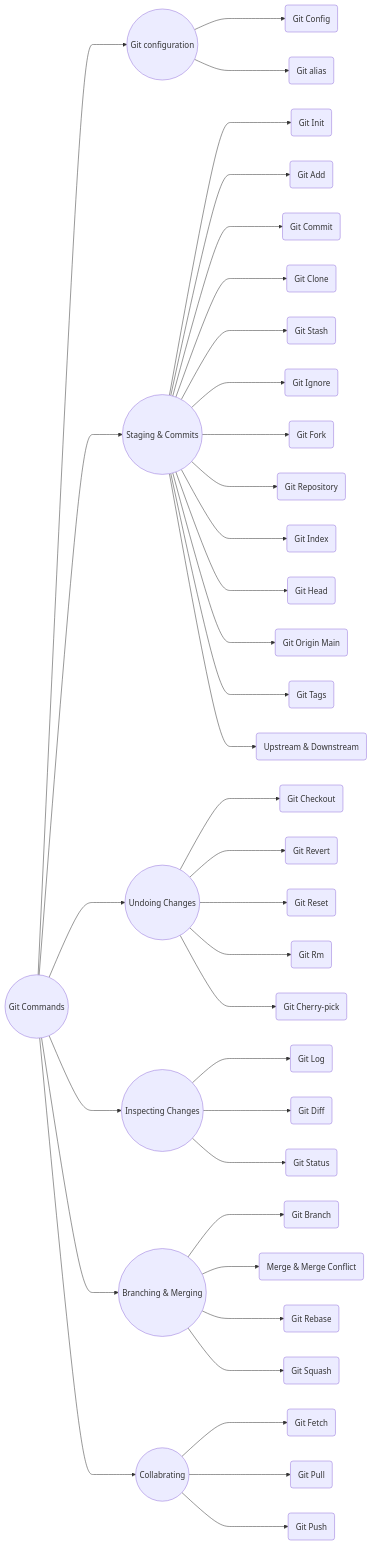
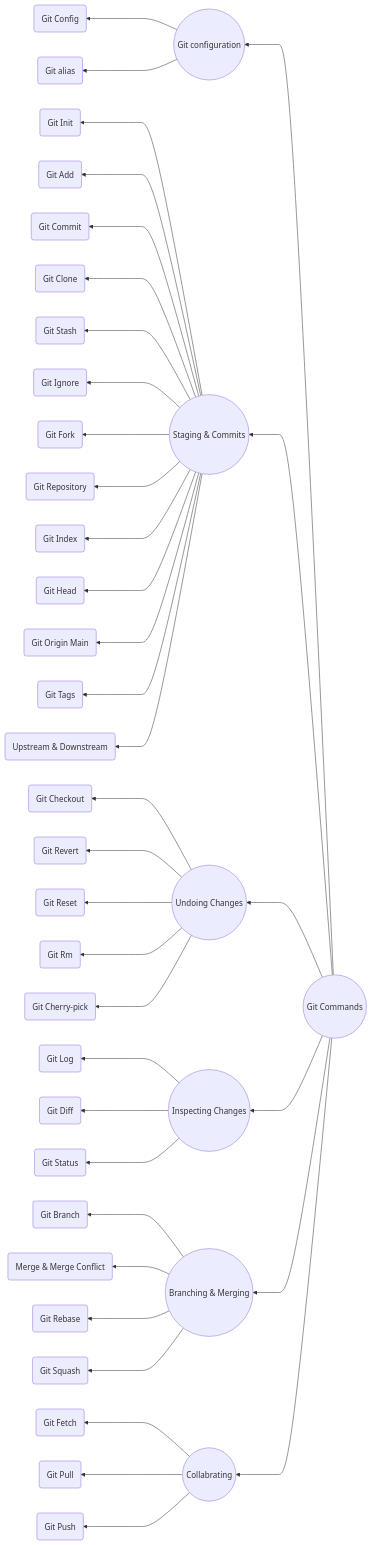
Before and after one commit to nabin-8/Git-Github-Guide: the diagram in src/gitcommands.md, drawn with Mermaid. The commit also changed other lines of this file, not shown here.

````diff
--- a/src/gitcommands.md
+++ b/src/gitcommands.md
@@ -3,45 +3,45 @@
 ```mermaid
-flowchart LR
+flowchart RL
     A((Git Commands)) ---> B((Git configuration))
     B ---> BA(Git Config)
     B ---> BB(Git alias)
 
     A ---> C((Staging & Commits))
     C ---> CA(Git Init)
     C ---> CB(Git Add)
     C ---> CC(Git Commit)
     C ---> CD(Git Clone)
     C ---> CE(Git Stash)
     C ---> CF(Git Ignore)
     C ---> CG(Git Fork)
     C ---> CH(Git Repository)
     C ---> CI(Git Index)
     C ---> CJ(Git Head)
     C ---> CK(Git Origin Main)
     C ---> CL(Git Tags)
     C ---> CM(Upstream & Downstream)
 
     A ---> D((Undoing Changes))
     D ---> DA(Git Checkout)
     D ---> DB(Git Revert)
     D ---> DC(Git Reset)
     D ---> DD(Git Rm)
     D ---> DE(Git Cherry-pick)
 
     A ---> E((Inspecting Changes))
     E ---> EA(Git Log)
     E ---> EB(Git Diff)
     E ---> EC(Git Status)
 
     A ---> F((Branching & Merging))
     F ---> FA(Git Branch)
     F ---> FB(Merge & Merge Conflict)
     F ---> FC(Git Rebase)
     F ---> FD(Git Squash)
 
     A ---> G((Collabrating))
     G ---> GA(Git Fetch)
     G ---> GB(Git Pull)
     G ---> GC(Git Push)
 
 ```
````
